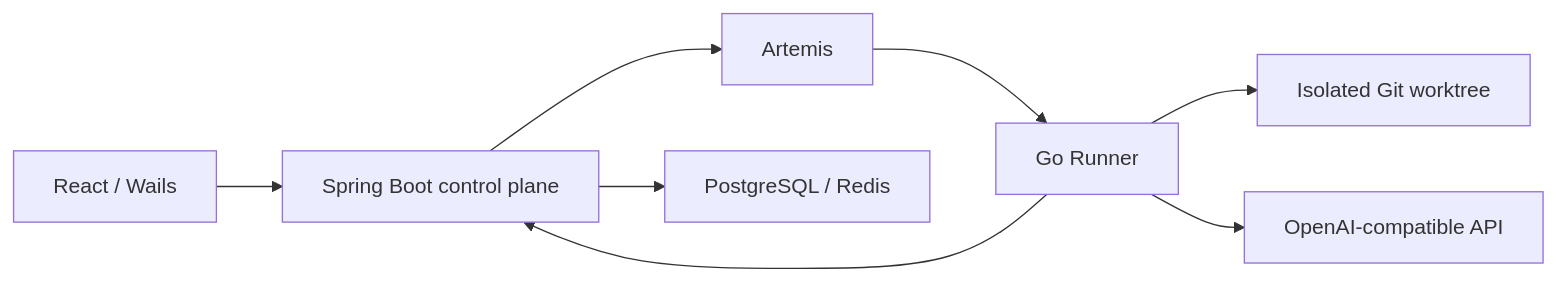
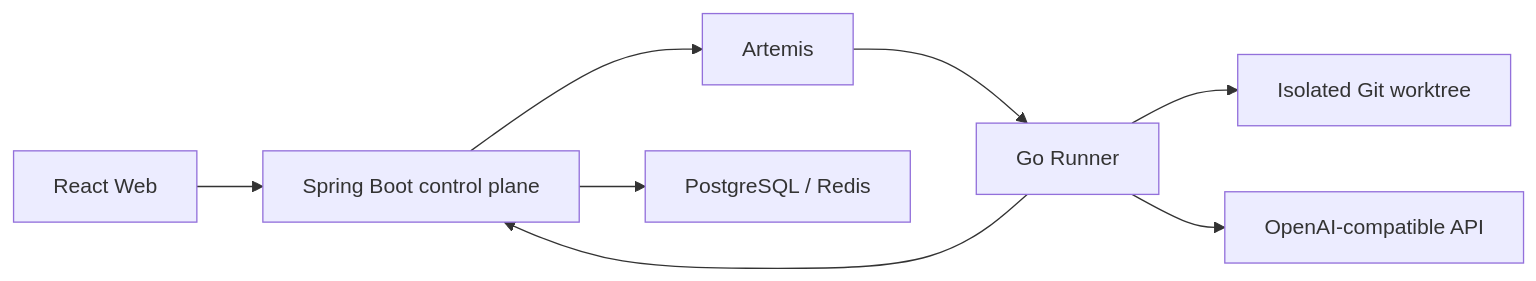
One commit to lgcyuzusakura/proofcode changed the diagram in README.en.md. Above: the diagram before and after it, drawn with Mermaid. The commit also changed other lines of this file and 3 other files, not shown here.

````diff
--- a/README.en.md
+++ b/README.en.md
@@ -127,10 +129,10 @@
 ```mermaid
 flowchart LR
-    UI["React / Wails"] --> CP["Spring Boot control plane"]
+    UI["React Web"] --> CP["Spring Boot control plane"]
     CP --> MQ["Artemis"]
     MQ --> RUN["Go Runner"]
     RUN --> WS["Isolated Git worktree"]
     RUN --> MODEL["OpenAI-compatible API"]
     RUN --> CP
     CP --> STORE["PostgreSQL / Redis"]
 ```
````
